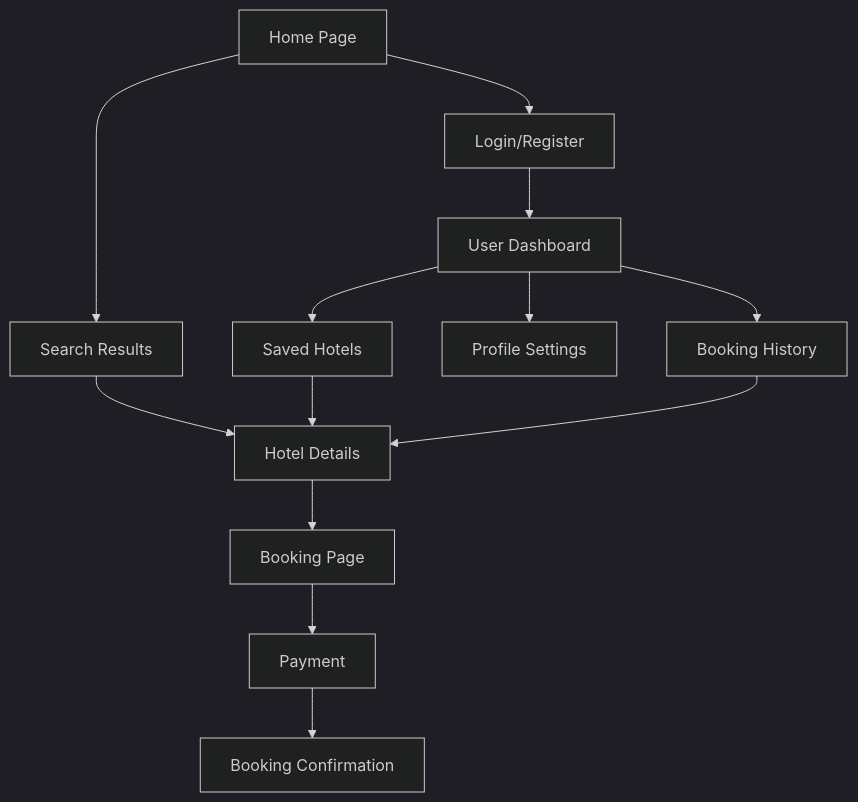
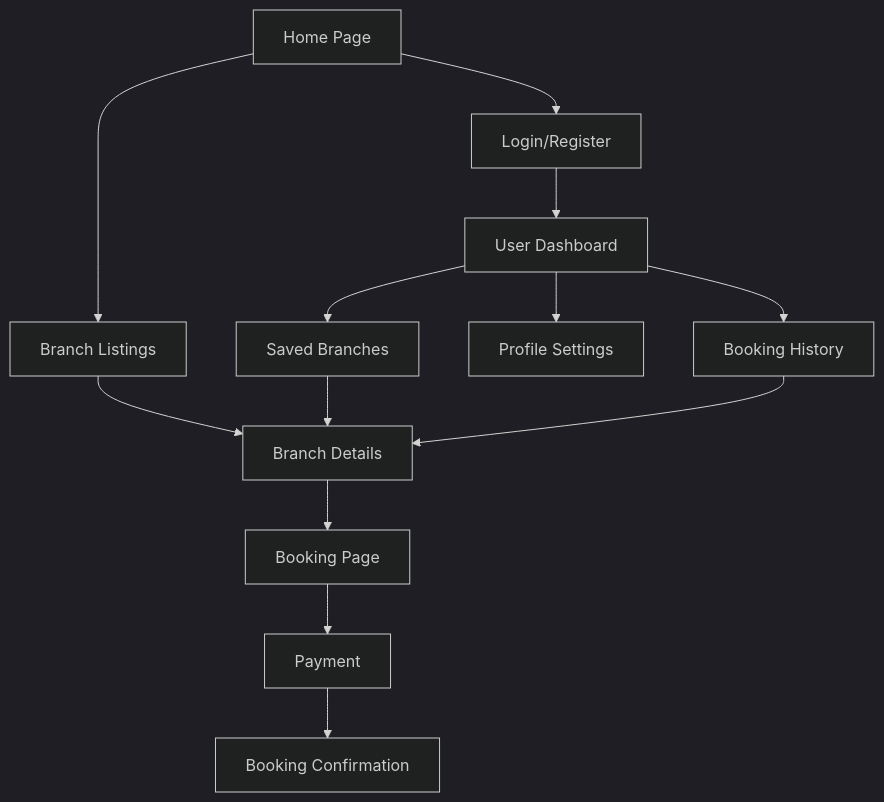
Before and after one commit to ymys/hotel1: the diagram in .trae/documents/vinotel-hotel-booking-system-prd.md, drawn with Mermaid (dark theme). The commit also changed other lines of this file and 47 other files, not shown here.

````diff
--- a/.trae/documents/vinotel-hotel-booking-system-prd.md
+++ b/.trae/documents/vinotel-hotel-booking-system-prd.md
@@ -63,15 +68,15 @@
 ```mermaid
 graph TD
-    A[Home Page] --> B[Search Results]
+    A[Home Page] --> B[Branch Listings]
     A --> C[Login/Register]
-    B --> D[Hotel Details]
+    B --> D[Branch Details]
     D --> E[Booking Page]
     E --> F[Payment]
     F --> G[Booking Confirmation]
     C --> H[User Dashboard]
     H --> I[Booking History]
     H --> J[Profile Settings]
-    H --> K[Saved Hotels]
+    H --> K[Saved Branches]
     K --> D
     I --> D
 ```
````
